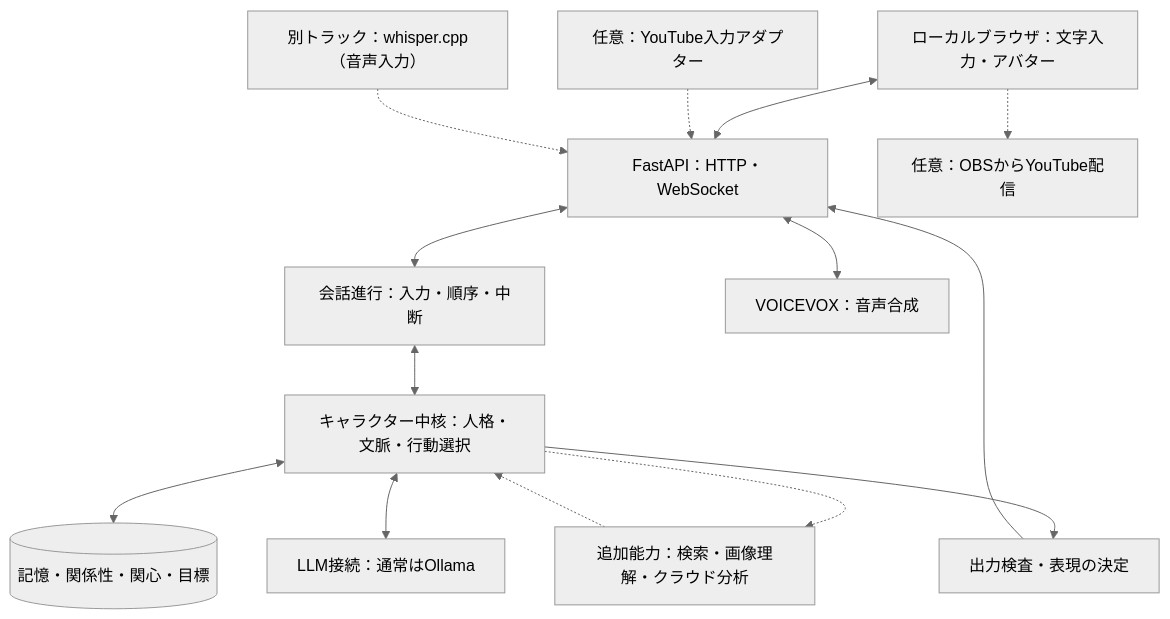
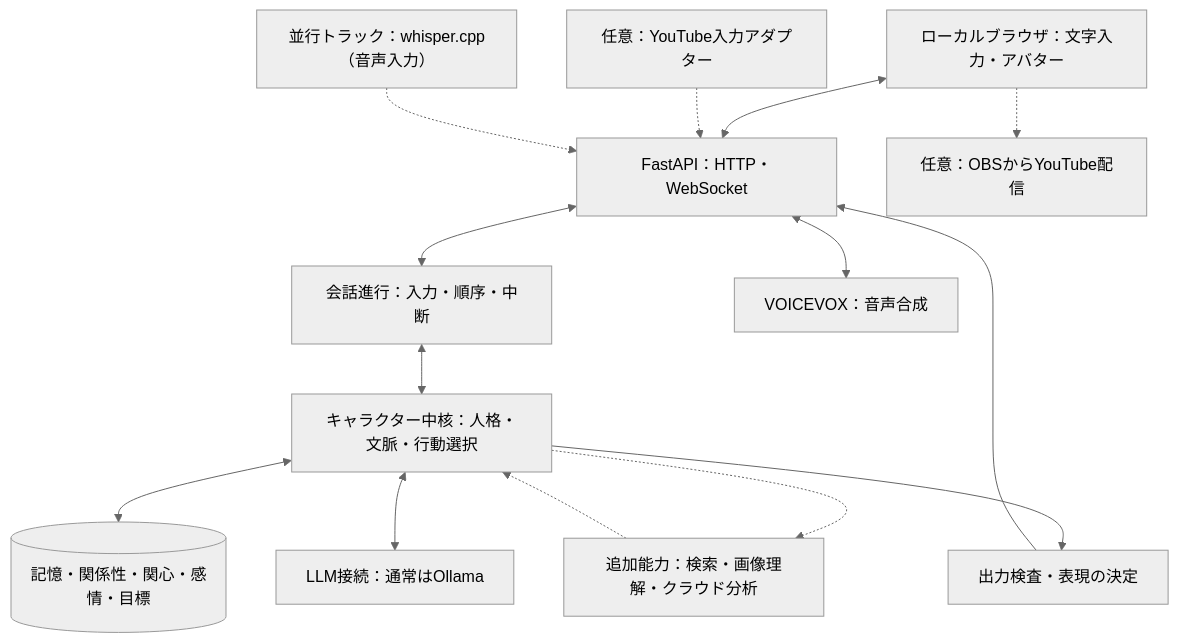
One commit to shiki-tak/YUI changed the diagram in docs/design/ai_vtuber_architecture.md. Above: the diagram before and after it, drawn with Mermaid (neutral theme). The commit also changed other lines of this file and 16 other files, not shown here.

````diff
--- a/docs/design/ai_vtuber_architecture.md
+++ b/docs/design/ai_vtuber_architecture.md
@@ -177,16 +138,16 @@
 ```mermaid
 flowchart TD
     UI["ローカルブラウザ：文字入力・アバター"] <--> API["FastAPI：HTTP・WebSocket"]
     YT["任意：YouTube入力アダプター"] -.-> API
     API <--> TURN["会話進行：入力・順序・中断"]
     TURN <--> CORE["キャラクター中核：人格・文脈・行動選択"]
-    CORE <--> STATE[("記憶・関係性・関心・目標")]
+    CORE <--> STATE[("記憶・関係性・関心・感情・目標")]
     CORE <--> LLM["LLM接続：通常はOllama"]
     CORE -.-> TOOLS["追加能力：検索・画像理解・クラウド分析"]
     TOOLS -.-> CORE
     CORE --> CHECK["出力検査・表現の決定"]
     CHECK --> API
     API <--> TTS["VOICEVOX：音声合成"]
-    ASR["別トラック：whisper.cpp（音声入力）"] -.-> API
+    ASR["並行トラック：whisper.cpp（音声入力）"] -.-> API
     UI -.-> OBS["任意：OBSからYouTube配信"]
 ```
````
